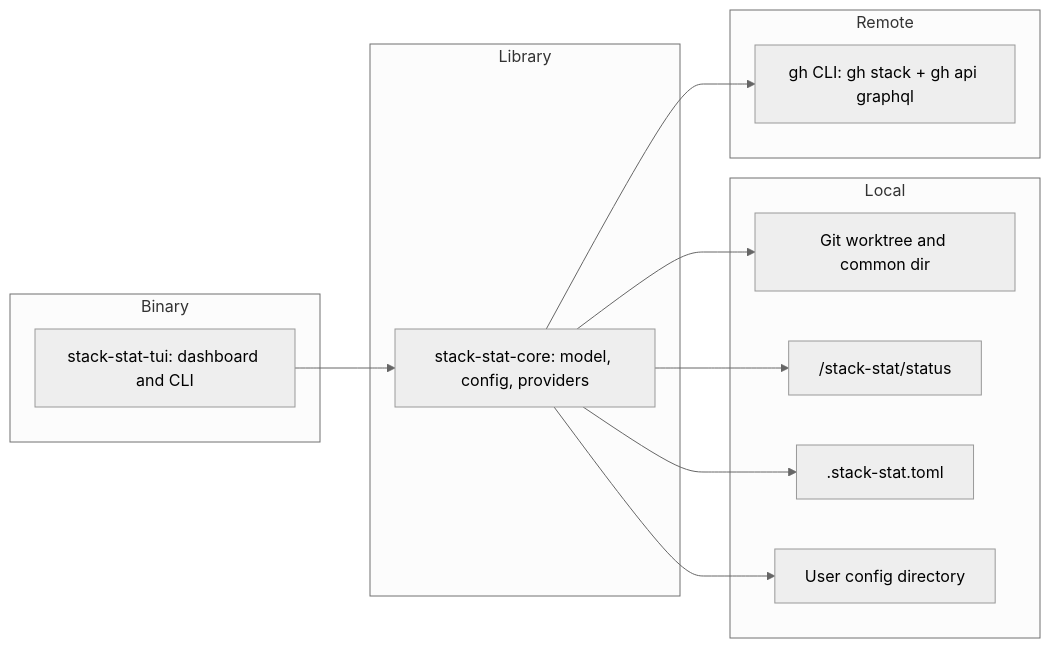
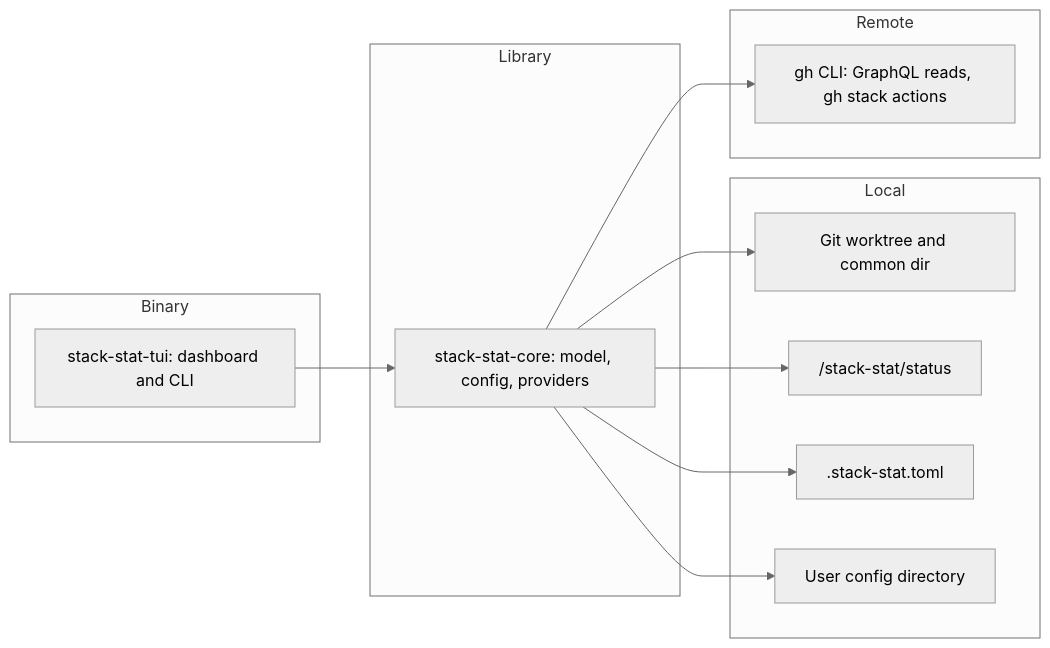
The diagram in docs/architecture/02-l2-containers.md (cam1se/stack-stat), drawn with Mermaid (neutral theme) before and after one commit. The commit also changed 11 other files, not shown here.

First line of the commit message:
docs: record GitHub-sourced stack reads in ADR-0002

````diff
--- a/docs/architecture/02-l2-containers.md
+++ b/docs/architecture/02-l2-containers.md
@@ -5,24 +5,24 @@
 ```mermaid
 flowchart LR
   subgraph Binary
     TUI[stack-stat-tui: dashboard and CLI]
   end
   subgraph Library
     Core[stack-stat-core: model, config, providers]
   end
   subgraph Local
     Git[Git worktree and common dir]
     Store[<git-common-dir>/stack-stat/status]
     Config[.stack-stat.toml]
     UserConfig[User config directory]
   end
   subgraph Remote
-    Gh[gh CLI: gh stack + gh api graphql]
+    Gh[gh CLI: GraphQL reads, gh stack actions]
   end
   TUI --> Core
   Core --> Git
   Core --> Store
   Core --> Config
   Core --> UserConfig
   Core --> Gh
 ```
````
